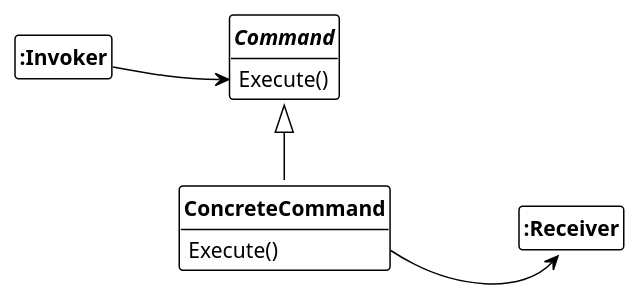
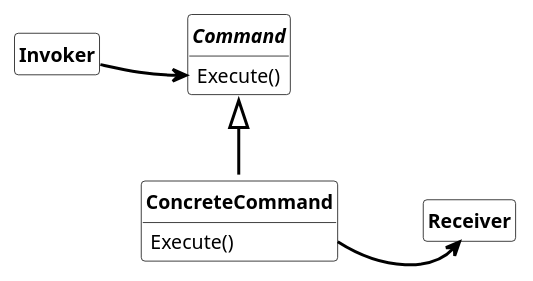
One commit to dst80/design-patterns changed the diagram in behavioral_pattern/command/command.md. Above: the diagram before and after it, drawn with PlantUML. The commit also changed other lines of this file and 11 other files, not shown here.

````diff
--- a/behavioral_pattern/command/command.md
+++ b/behavioral_pattern/command/command.md
@@ -7,26 +7,41 @@
 ```plantuml
 @startuml command_pattern
-!theme plain
-skinparam nodesep 70
 skinparam ranksep 50
+skinparam nodesep 50
+skinparam class {
+  FontSize 13
+  AttributeFontSize 13
+  FontStyle bold
+  BackgroundColor transparent
+  BorderColor black
+}
+skinparam arrow {
+  Color black
+  FontColor black
+  Thickness 2
+}
+skinparam note {
+  BackgroundColor transparent
+  BorderColor black
+}
 hide circle
 hide fields
 
-class "**:Invoker**" as invoker
-hide invoker members
-class "**:Receiver**" as receiver 
-hide receiver members
+class Invoker
+hide Invoker members
 
-interface "**Command**" as command {
+interface Command {
+  Execute()
+}
+Invoker -> Command::Execute
+
+class ConcreteCommand extends Command {
   Execute()
 }
 
-class "**ConcreteCommand**" as concrete_command {
-  Execute()
-}
+class Receiver 
+hide Receiver members
 
-invoker -> command::Execute
-command <|-- concrete_command
-concrete_command::Execute -r-> receiver::Receiver
+ConcreteCommand::Execute -> Receiver
 @enduml
 ```
````
